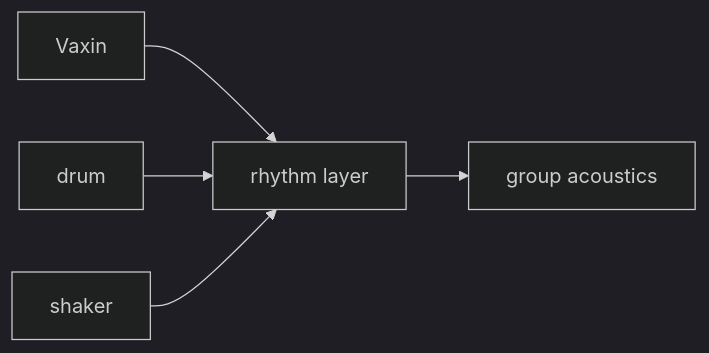
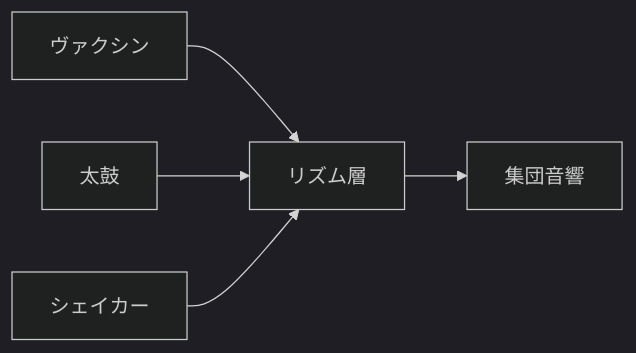
One commit to monumental-movement/monumental-movement.github.io changed the first of 2 diagrams in en/_posts/2026-02-06-column-haiti-rara.md. Above: the diagram before and after it, drawn with Mermaid (dark theme). The commit also changed other lines of this file and 2196 other files, not shown here.

```diff
--- a/en/_posts/2026-02-06-column-haiti-rara.md
+++ b/en/_posts/2026-02-06-column-haiti-rara.md
@@ -77,7 +76,7 @@
 <div class="mermaid">
 flowchart LR
-A[Vaxin] --> B[rhythm layer]
-C[drum] --> B
-D[shaker] --> B
-B --> E[group acoustics]
+A[ヴァクシン] --> B[リズム層]
+C[太鼓] --> B
+D[シェイカー] --> B
+B --> E[集団音響]
 </div>
```
